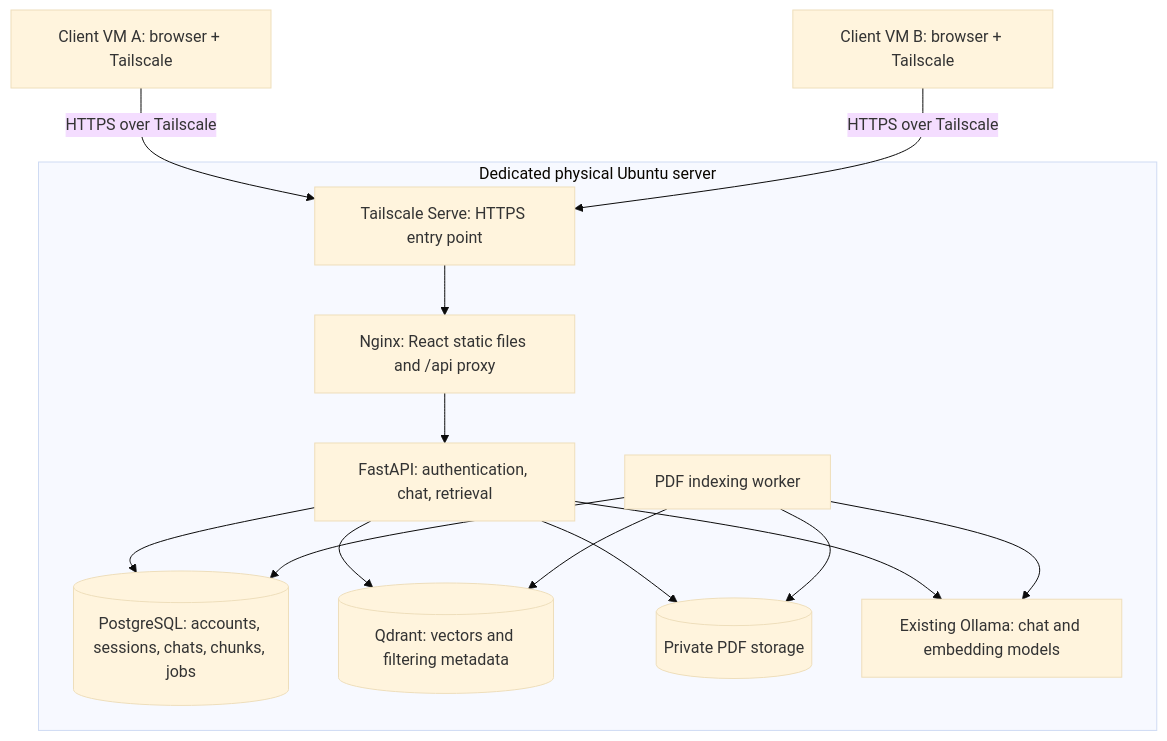
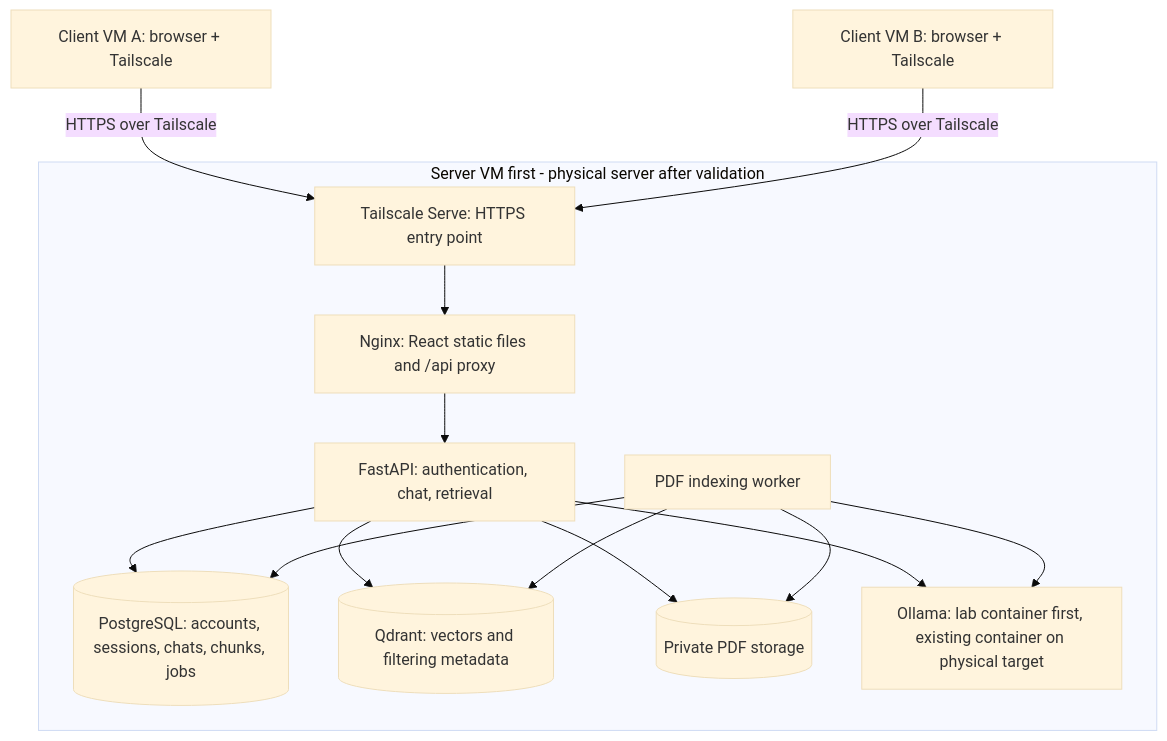
The diagram in README.md (Yassine511/smart-learning-system), drawn with Mermaid (base theme) before and after one commit. The commit also changed other lines of this file and 1 other file, not shown here.

Commit message:
docs: validate in three VMs before physical deployment

````diff
--- a/README.md
+++ b/README.md
@@ -20,17 +21,17 @@
 ```mermaid
 flowchart TD
     A[Client VM A: browser + Tailscale] -->|HTTPS over Tailscale| TS
     B[Client VM B: browser + Tailscale] -->|HTTPS over Tailscale| TS
-    subgraph SERVER[Dedicated physical Ubuntu server]
+    subgraph SERVER[Server VM first - physical server after validation]
         TS[Tailscale Serve: HTTPS entry point] --> WEB[Nginx: React static files and /api proxy]
         WEB --> API[FastAPI: authentication, chat, retrieval]
         API --> DB[(PostgreSQL: accounts, sessions, chats, chunks, jobs)]
         API --> Q[(Qdrant: vectors and filtering metadata)]
         API --> FILES[(Private PDF storage)]
-        API --> O[Existing Ollama: chat and embedding models]
+        API --> O[Ollama: lab container first, existing container on physical target]
         WORKER[PDF indexing worker] --> DB
         WORKER --> Q
         WORKER --> FILES
         WORKER --> O
     end
 ```
````
